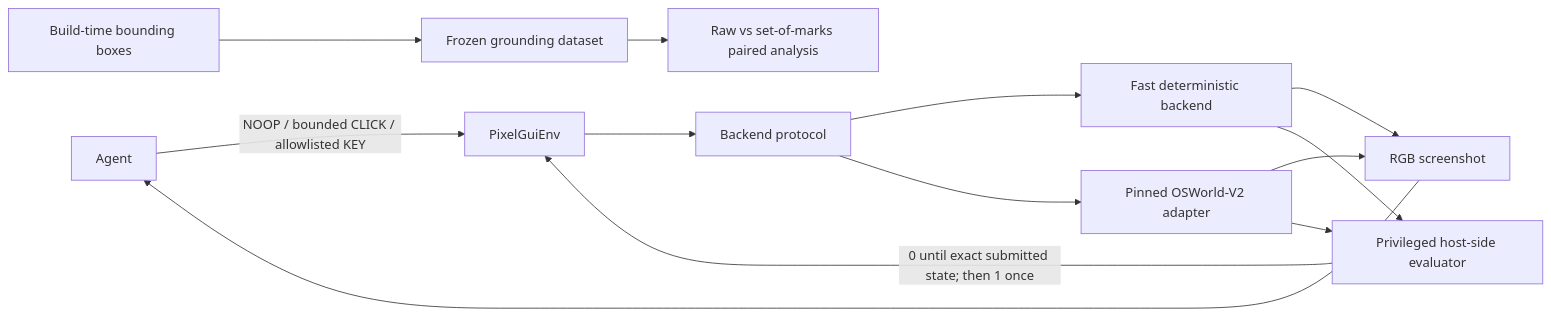
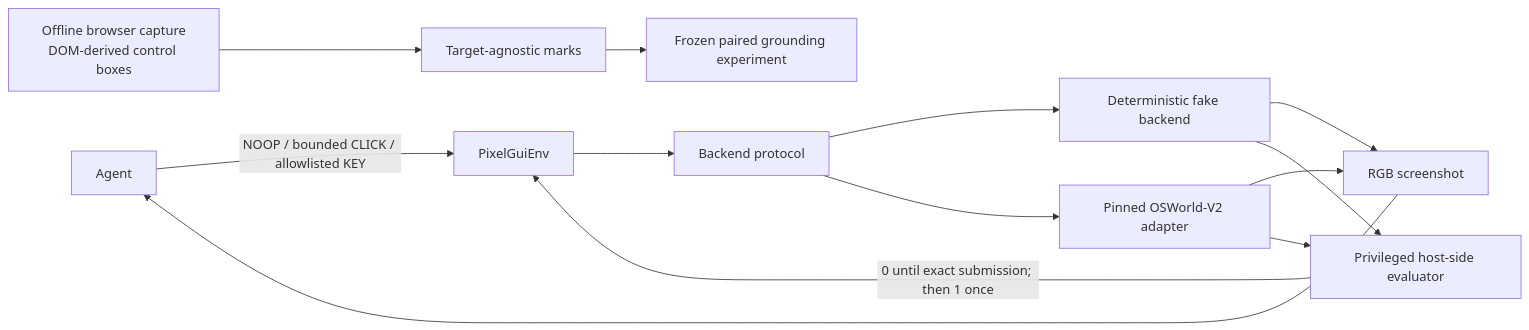
The diagram in README.md (elanthus/OSWorldTasks), drawn with Mermaid before and after one commit. The commit also changed other lines of this file and 9 other files, not shown here.

````diff
--- a/README.md
+++ b/README.md
@@ -21,15 +25,15 @@
 ```mermaid
 flowchart LR
     A["Agent"] -->|"NOOP / bounded CLICK / allowlisted KEY"| E["PixelGuiEnv"]
     E --> B["Backend protocol"]
-    B --> F["Fast deterministic backend"]
+    B --> F["Deterministic fake backend"]
     B --> O["Pinned OSWorld-V2 adapter"]
-    F --> P["RGB screenshot"]
-    O --> P
-    P --> A
+    F --> S["RGB screenshot"]
+    O --> S
+    S --> A
     F --> V["Privileged host-side evaluator"]
     O --> V
-    V -->|"0 until exact submitted state; then 1 once"| E
-    D["Build-time bounding boxes"] --> G["Frozen grounding dataset"]
-    G --> R["Raw vs set-of-marks paired analysis"]
+    V -->|"0 until exact submission; then 1 once"| E
+    D["Offline browser capture<br/>DOM-derived control boxes"] --> M["Target-agnostic marks"]
+    M --> G["Frozen paired grounding experiment"]
 ```
````
